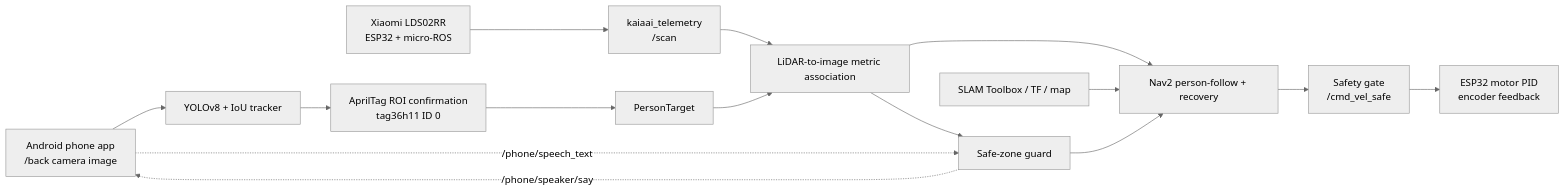
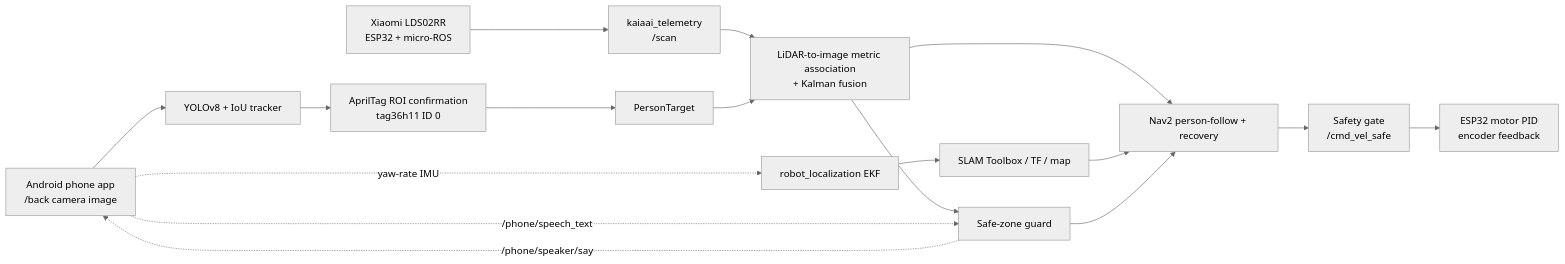
The diagram in README.md (Hunggh06/Robot-FollowGuard), drawn with Mermaid (neutral theme) before and after one commit. The commit also changed other lines of this file, not shown here.

Commit message:
docs: rewrite README for Kalman fusion, foot-lift guide return, and tests

````diff
--- a/README.md
+++ b/README.md
@@ -128,17 +132,19 @@
 ```mermaid
 flowchart LR
     phone["Android phone app\n/back camera image"] --> yolo["YOLOv8 + IoU tracker"]
     yolo --> tag["AprilTag ROI confirmation\ntag36h11 ID 0"]
     tag --> target["PersonTarget"]
     lidar["Xiaomi LDS02RR\nESP32 + micro-ROS"] --> telem["kaiaai_telemetry\n/scan"]
-    telem --> metric["LiDAR-to-image metric association"]
+    telem --> metric["LiDAR-to-image metric association\n+ Kalman fusion"]
     target --> metric
     metric --> follow["Nav2 person-follow + recovery"]
     slam["SLAM Toolbox / TF / map"] --> follow
     follow --> gate["Safety gate\n/cmd_vel_safe"]
     gate --> motor["ESP32 motor PID\nencoder feedback"]
     metric --> zone["Safe-zone guard"]
     phone -. "/phone/speech_text" .-> zone
     zone -. "/phone/speaker/say" .-> phone
+    phone -. "yaw-rate IMU" .-> ekf["robot_localization EKF"]
+    ekf --> slam
     zone --> follow
 ```
````
